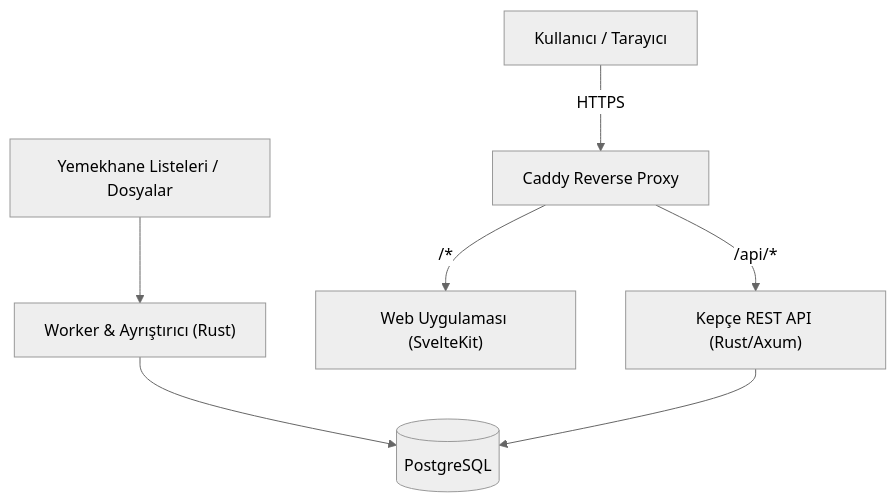
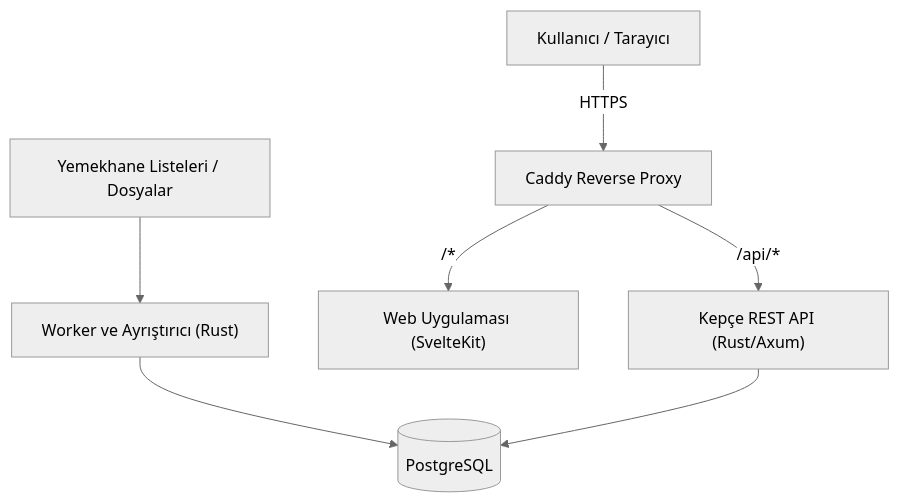
The diagram in docs/ARCHITECTURE.md (koder-cog/kepce), drawn with Mermaid (neutral theme) before and after one commit. The commit also changed other lines of this file and 3 other files, not shown here.

````diff
--- a/docs/ARCHITECTURE.md
+++ b/docs/ARCHITECTURE.md
@@ -7,10 +7,10 @@
 ```mermaid
 graph TD
     User["Kullanıcı / Tarayıcı"] -->|HTTPS| Caddy["Caddy Reverse Proxy"]
     Caddy -->|/api/*| API["Kepçe REST API (Rust/Axum)"]
     Caddy -->|/*| Webapp["Web Uygulaması (SvelteKit)"]
-    
-    Source["Yemekhane Listeleri / Dosyalar"] --> Worker["Worker & Ayrıştırıcı (Rust)"]
+
+    Source["Yemekhane Listeleri / Dosyalar"] --> Worker["Worker ve Ayrıştırıcı (Rust)"]
     Worker --> DB[("PostgreSQL")]
     API --> DB
 ```
````
